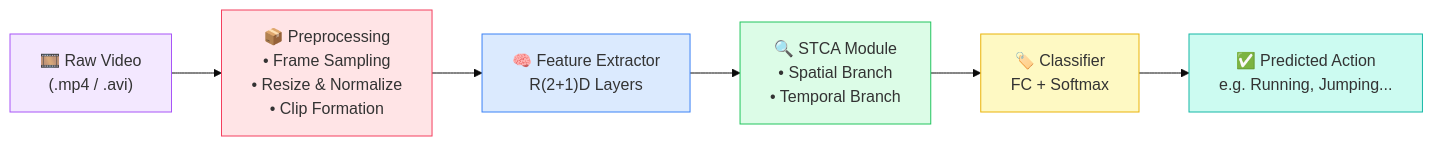
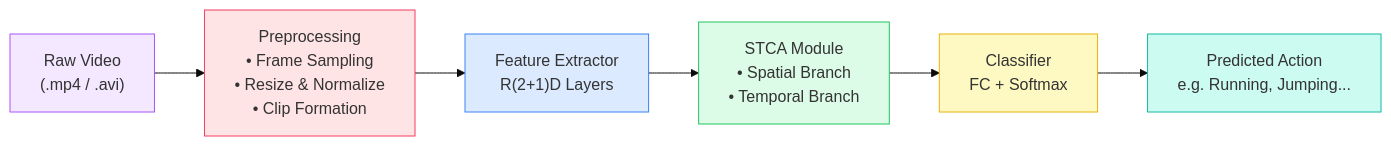
The third of 7 diagrams in STCA_Net_System_Overview_Diagrams.md (Ramanakumarreddy/STCA-Net-Project), drawn with Mermaid (base theme) before and after one commit. The commit also changed other lines of this file, not shown here.

Commit message:
Updated system overview diagrams

````diff
--- a/STCA_Net_System_Overview_Diagrams.md
+++ b/STCA_Net_System_Overview_Diagrams.md
@@ -112,18 +112,18 @@
 ```mermaid
 flowchart LR
-    V["🎞️ Raw Video\n(.mp4 / .avi)"]
-    P["📦 Preprocessing\n• Frame Sampling\n• Resize & Normalize\n• Clip Formation"]
-    FE["🧠 Feature Extractor\nR(2+1)D Layers"]
-    ATT["🔍 STCA Module\n• Spatial Branch\n• Temporal Branch"]
-    CLS["🏷️ Classifier\nFC + Softmax"]
-    OUT["✅ Predicted Action\ne.g. Running, Jumping..."]
+    V["Raw Video\n(.mp4 / .avi)"]
+    P["Preprocessing\n• Frame Sampling\n• Resize & Normalize\n• Clip Formation"]
+    FE["Feature Extractor\nR(2+1)D Layers"]
+    ATT["STCA Module\n• Spatial Branch\n• Temporal Branch"]
+    CLS["Classifier\nFC + Softmax"]
+    OUT["Predicted Action\ne.g. Running, Jumping..."]
 
     V --> P --> FE --> ATT --> CLS --> OUT
 
     style V fill:#f3e8ff,stroke:#a855f7
     style P fill:#ffe4e6,stroke:#f43f5e
     style FE fill:#dbeafe,stroke:#3b82f6
     style ATT fill:#dcfce7,stroke:#22c55e
     style CLS fill:#fef9c3,stroke:#eab308
     style OUT fill:#ccfbf1,stroke:#14b8a6
 ```
````
